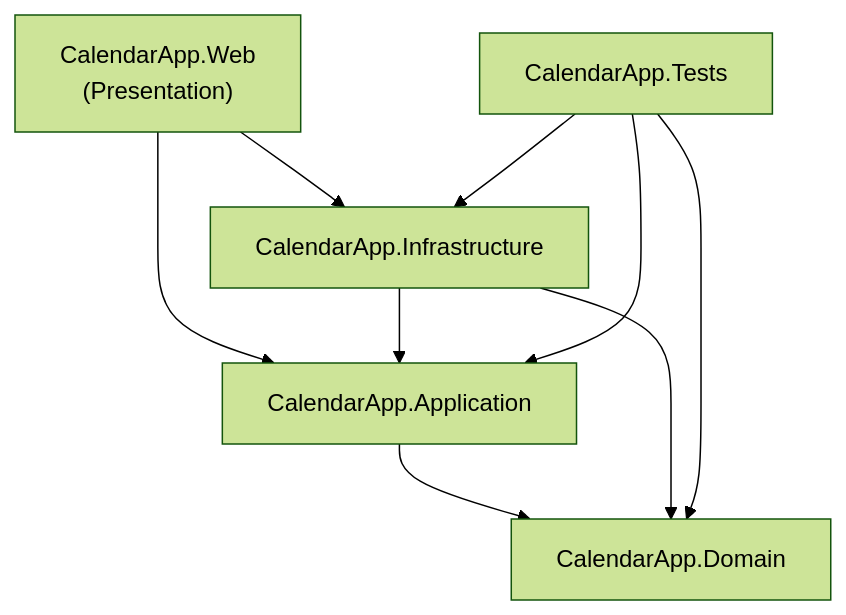
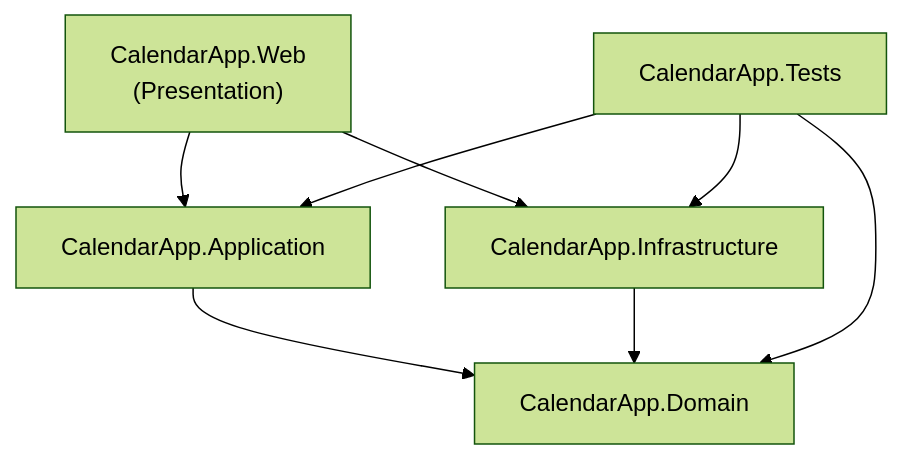
The first of 2 diagrams in plan.md (godblessamki/CalendarProject), drawn with Mermaid (forest theme) before and after one commit. The commit also changed other lines of this file and 27 other files, not shown here.

Commit message:
feat(architecture): fix clean architecture dependencies and decouple identity from domain (#28)

````diff
--- a/plan.md
+++ b/plan.md
@@ -77,11 +77,10 @@
 ```mermaid
 flowchart TD
     Web["CalendarApp.Web\n(Presentation)"] --> Application["CalendarApp.Application"]
     Web --> Infrastructure["CalendarApp.Infrastructure"]
     Application --> Domain["CalendarApp.Domain"]
     Infrastructure --> Domain
-    Infrastructure --> Application
     Tests["CalendarApp.Tests"] --> Application
     Tests --> Infrastructure
     Tests --> Domain
 ```
````
